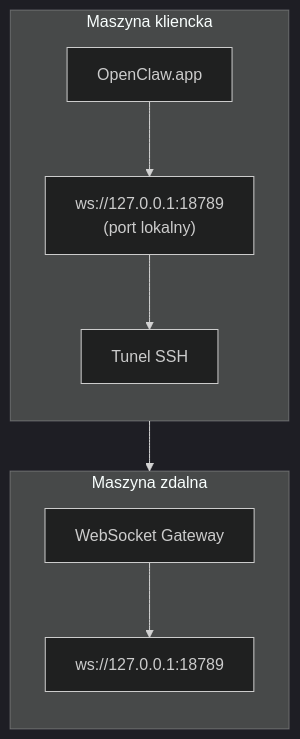
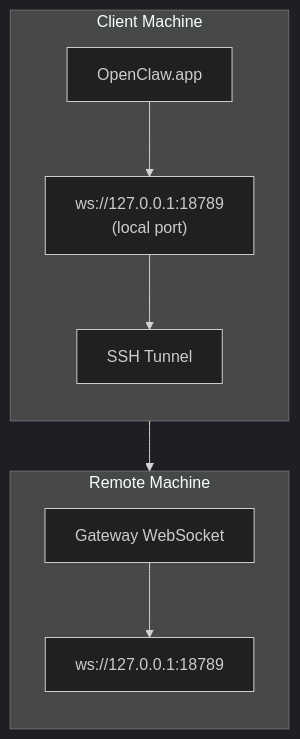
Before and after one commit to openclaw/docs: the diagram in docs/pl/gateway/remote-gateway-readme.md, drawn with Mermaid (dark theme). The commit also changed other lines of this file and 440 other files, not shown here.

````diff
--- a/docs/pl/gateway/remote-gateway-readme.md
+++ b/docs/pl/gateway/remote-gateway-readme.md
@@ -22,20 +22,20 @@
 ```mermaid
 flowchart TB
-    subgraph Client["Maszyna kliencka"]
+    subgraph Client["Client Machine"]
         direction TB
         A["OpenClaw.app"]
-        B["ws://127.0.0.1:18789\n(port lokalny)"]
-        T["Tunel SSH"]
+        B["ws://127.0.0.1:18789\n(local port)"]
+        T["SSH Tunnel"]
 
         A --> B
         B --> T
     end
-    subgraph Remote["Maszyna zdalna"]
+    subgraph Remote["Remote Machine"]
         direction TB
-        C["WebSocket Gateway"]
+        C["Gateway WebSocket"]
         D["ws://127.0.0.1:18789"]
 
         C --> D
     end
     T --> C
 ```
````
